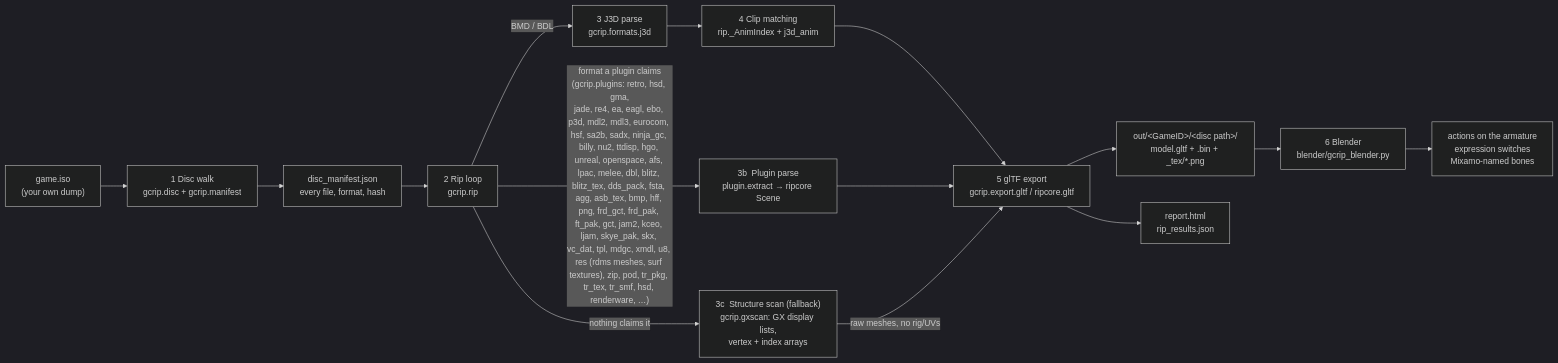
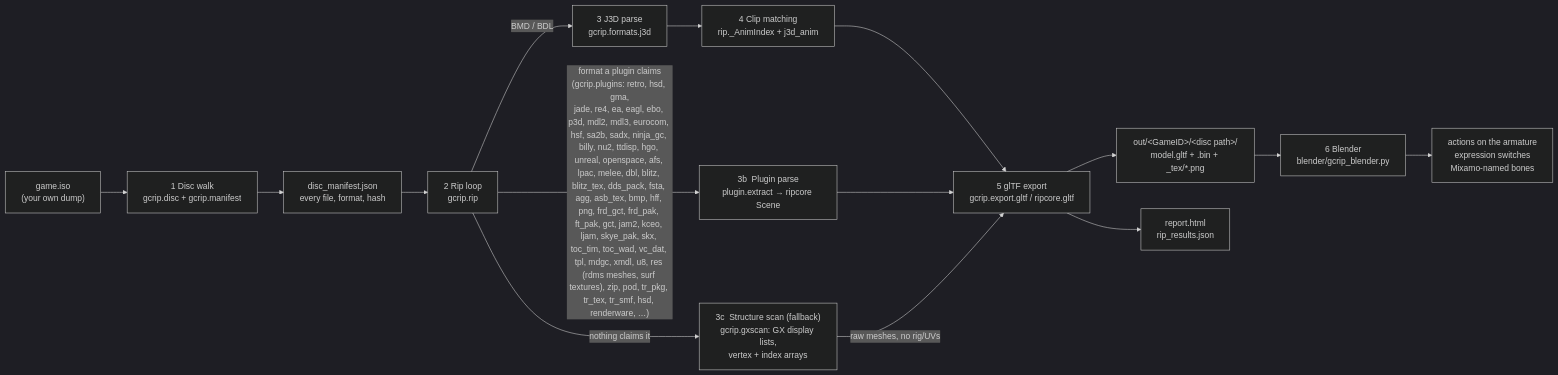
The first of 9 diagrams in docs/PIPELINE.md (Felbs/3d-ripper-9000), drawn with Mermaid (dark theme) before and after one commit. The commit also changed 8 other files, not shown here.

First line of the commit message:
gcrip toc_wad + toc_tim: Spawn's 201 archives - 12,034 members, 5,919 textures

````diff
--- a/docs/PIPELINE.md
+++ b/docs/PIPELINE.md
@@ -11,17 +11,17 @@
 ```mermaid
 flowchart LR
     ISO["game.iso<br/>(your own dump)"] --> WALK["1  Disc walk<br/>gcrip.disc + gcrip.manifest"]
     WALK --> MAN["disc_manifest.json<br/>every file, format, hash"]
     MAN --> RIP["2  Rip loop<br/>gcrip.rip"]
     RIP -->|"BMD / BDL"| J3D["3  J3D parse<br/>gcrip.formats.j3d"]
-    RIP -->|"format a plugin claims<br/>(gcrip.plugins: retro, hsd, gma,<br/>jade, re4, ea, eagl, ebo, p3d, mdl2, mdl3, eurocom, hsf, sa2b, sadx, ninja_gc, billy, nu2, ttdisp, hgo, unreal, openspace, afs, lpac, melee, dbl, blitz, blitz_tex, dds_pack, fsta, agg, asb_tex, bmp, hff, png, frd_gct, frd_pak, ft_pak, gct, jam2, kceo, ljam, skye_pak, skx, vc_dat, tpl, mdgc, xmdl, u8, res (rdms meshes, surf textures), zip, pod, tr_pkg, tr_tex, tr_smf, hsd, renderware, …)"| PLUG["3b  Plugin parse<br/>plugin.extract → ripcore Scene"]
+    RIP -->|"format a plugin claims<br/>(gcrip.plugins: retro, hsd, gma,<br/>jade, re4, ea, eagl, ebo, p3d, mdl2, mdl3, eurocom, hsf, sa2b, sadx, ninja_gc, billy, nu2, ttdisp, hgo, unreal, openspace, afs, lpac, melee, dbl, blitz, blitz_tex, dds_pack, fsta, agg, asb_tex, bmp, hff, png, frd_gct, frd_pak, ft_pak, gct, jam2, kceo, ljam, skye_pak, skx, toc_tim, toc_wad, vc_dat, tpl, mdgc, xmdl, u8, res (rdms meshes, surf textures), zip, pod, tr_pkg, tr_tex, tr_smf, hsd, renderware, …)"| PLUG["3b  Plugin parse<br/>plugin.extract → ripcore Scene"]
     RIP -->|"nothing claims it"| GX["3c  Structure scan (fallback)<br/>gcrip.gxscan: GX display lists,<br/>vertex + index arrays"]
     J3D --> ANIM["4  Clip matching<br/>rip._AnimIndex + j3d_anim"]
     ANIM --> GLTF["5  glTF export<br/>gcrip.export.gltf / ripcore.gltf"]
     PLUG --> GLTF
     GX -->|"raw meshes, no rig/UVs"| GLTF
     GLTF --> OUT["out/&lt;GameID&gt;/&lt;disc path&gt;/<br/>model.gltf + .bin + _tex/*.png"]
     GLTF --> REP["report.html<br/>rip_results.json"]
     OUT --> BL["6  Blender<br/>blender/gcrip_blender.py"]
     BL --> PLAY["actions on the armature<br/>expression switches<br/>Mixamo-named bones"]
 ```
````
